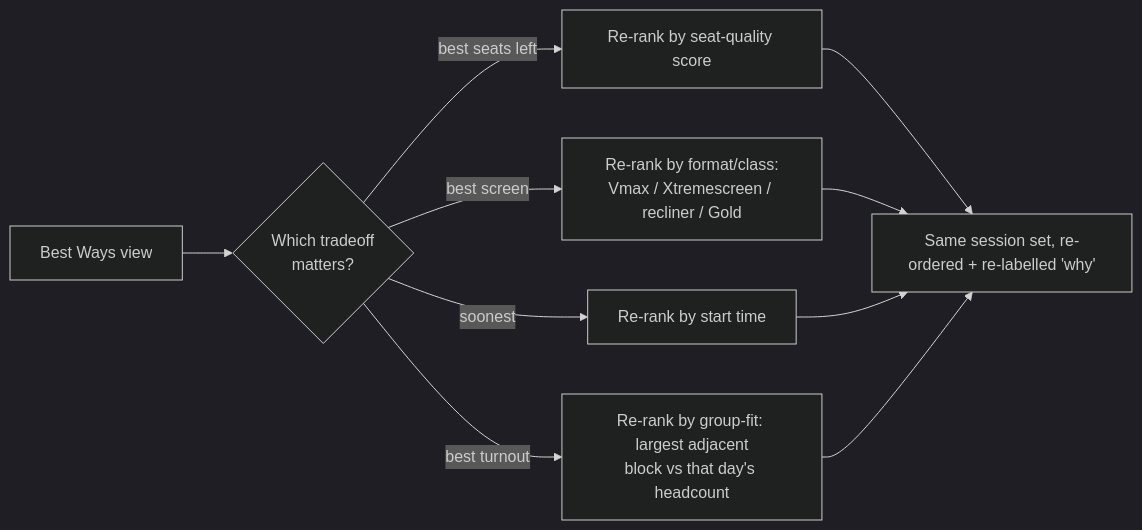
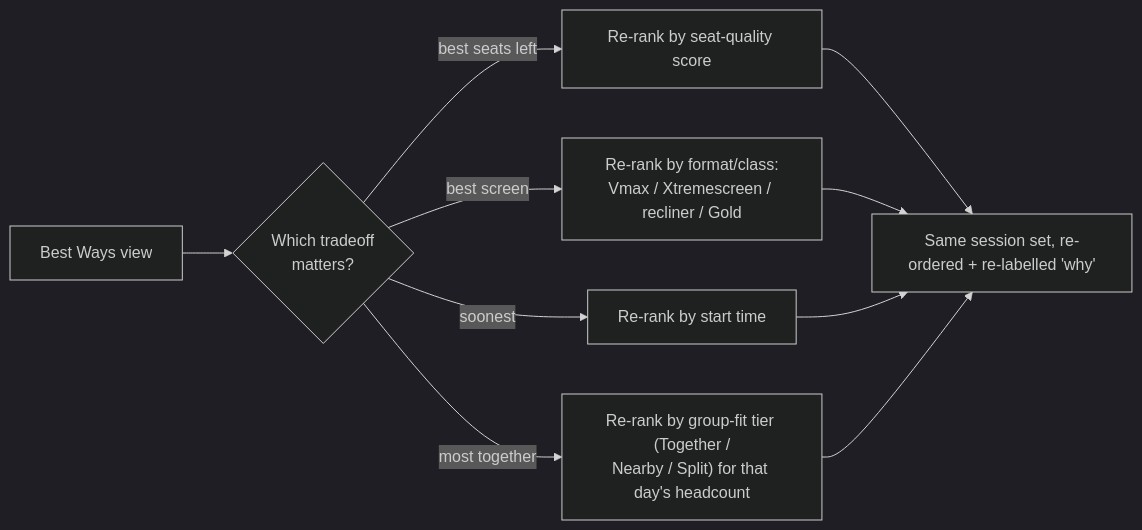
The third of 5 diagrams in design/journey/03-flows-and-concepts.md (miloli-git/auscinema-seatfinder), drawn with Mermaid (dark theme) before and after one commit. The commit also changed other lines of this file and 4 other files, not shown here.

First line of the commit message:
docs(design): adopt Codex UX review — steppers, visible mode, 3-tier turnout

````diff
--- a/design/journey/03-flows-and-concepts.md
+++ b/design/journey/03-flows-and-concepts.md
@@ -53,12 +54,12 @@
 ```mermaid
 flowchart LR
   A["Best Ways view"] --> B{"Which tradeoff<br/>matters?"}
   B -->|best seats left| C["Re-rank by seat-quality score"]
   B -->|best screen| D["Re-rank by format/class:<br/>Vmax / Xtremescreen / recliner / Gold"]
   B -->|soonest| E["Re-rank by start time"]
-  B -->|best turnout| T["Re-rank by group-fit: largest adjacent<br/>block vs that day's headcount"]
+  B -->|most together| T["Re-rank by group-fit tier (Together /<br/>Nearby / Split) for that day's headcount"]
   C --> F["Same session set, re-ordered + re-labelled 'why'"]
   D --> F
   E --> F
   T --> F
 ```
````
